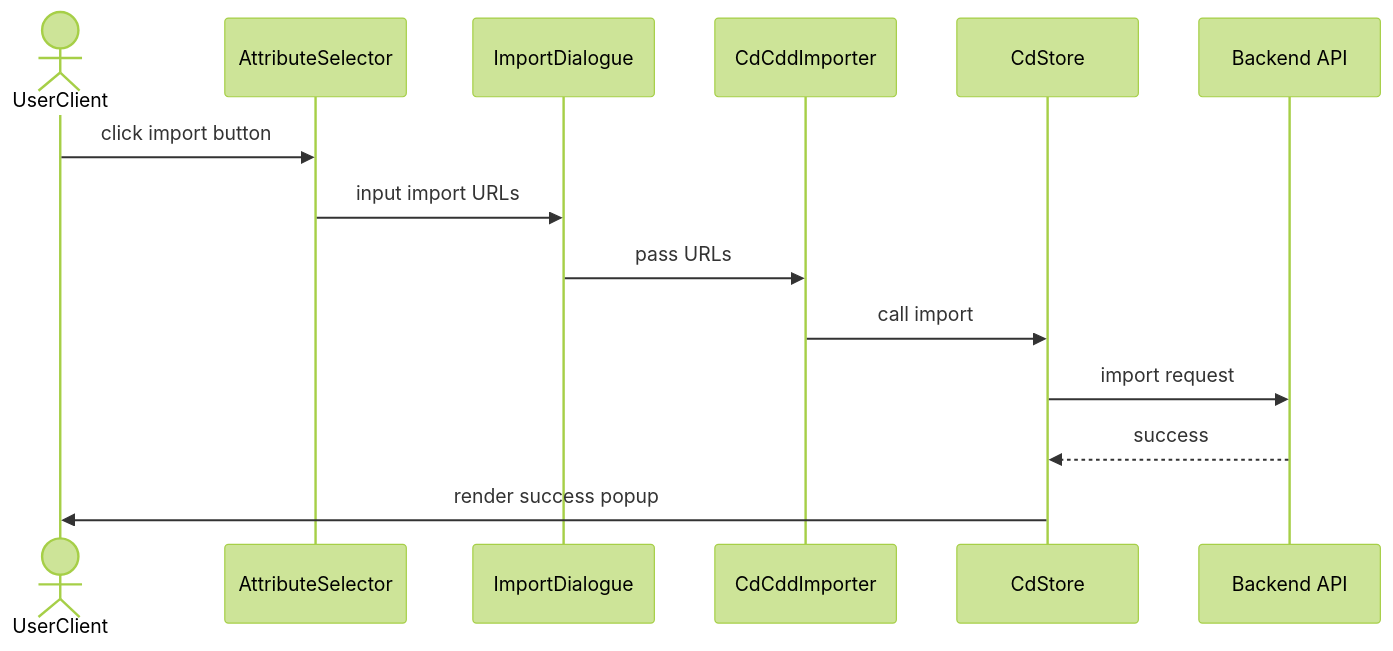
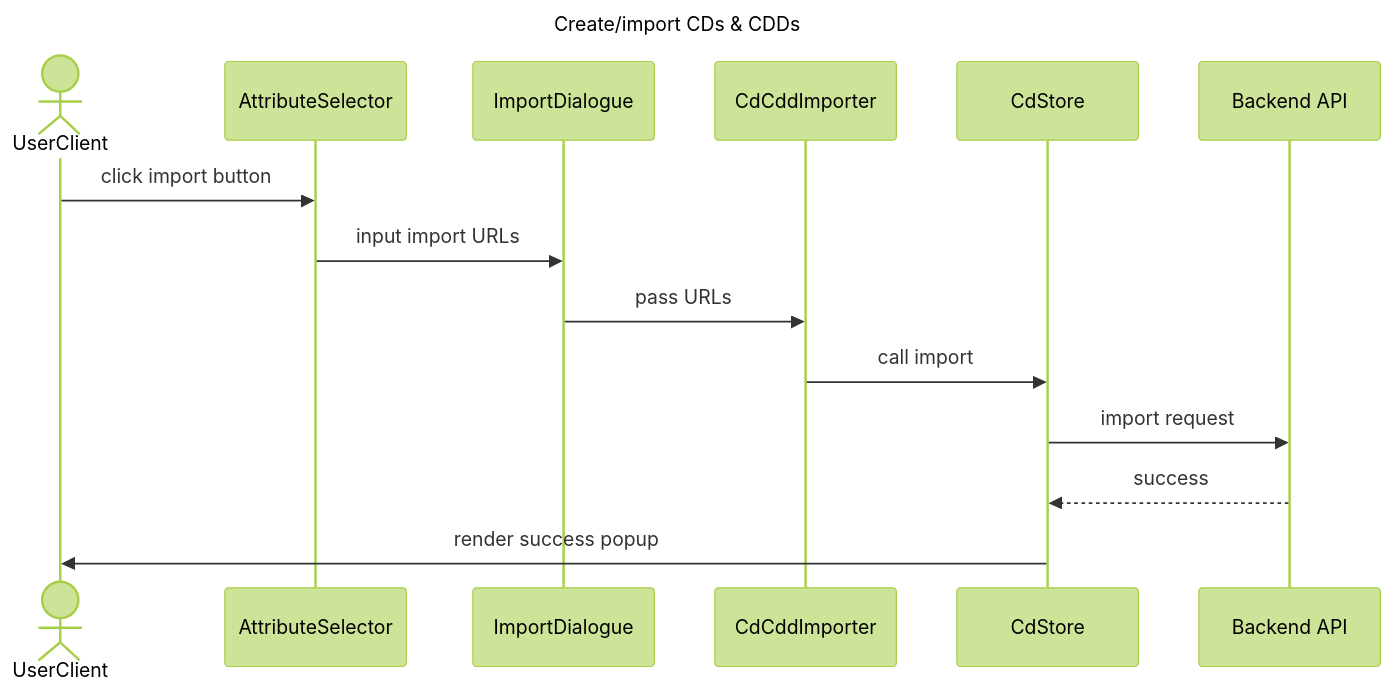
Before and after one commit to DHBW-TINF24F/Team1-BaSyx-ConceptDescription-Manager: the third of 6 diagrams in PROJECT/SAS/SAS.md, drawn with Mermaid (forest theme). The commit also changed other lines of this file, not shown here.

````diff
--- a/PROJECT/SAS/SAS.md
+++ b/PROJECT/SAS/SAS.md
@@ -161,17 +195,19 @@
 ```mermaid
 sequenceDiagram
+    title Create/import CDs & CDDs
+    
     actor UC as UserClient
     participant AS as AttributeSelector
     participant IDL as ImportDialogue
     participant IMP as CdCddImporter
     participant Store as CdStore
     participant API as Backend API
 
     UC->>AS: click import button
     AS->>IDL: input import URLs
     IDL->>IMP: pass URLs
     IMP->>Store: call import
     Store->>API: import request
     API-->>Store: success
     Store->>UC: render success popup
 ```
````
